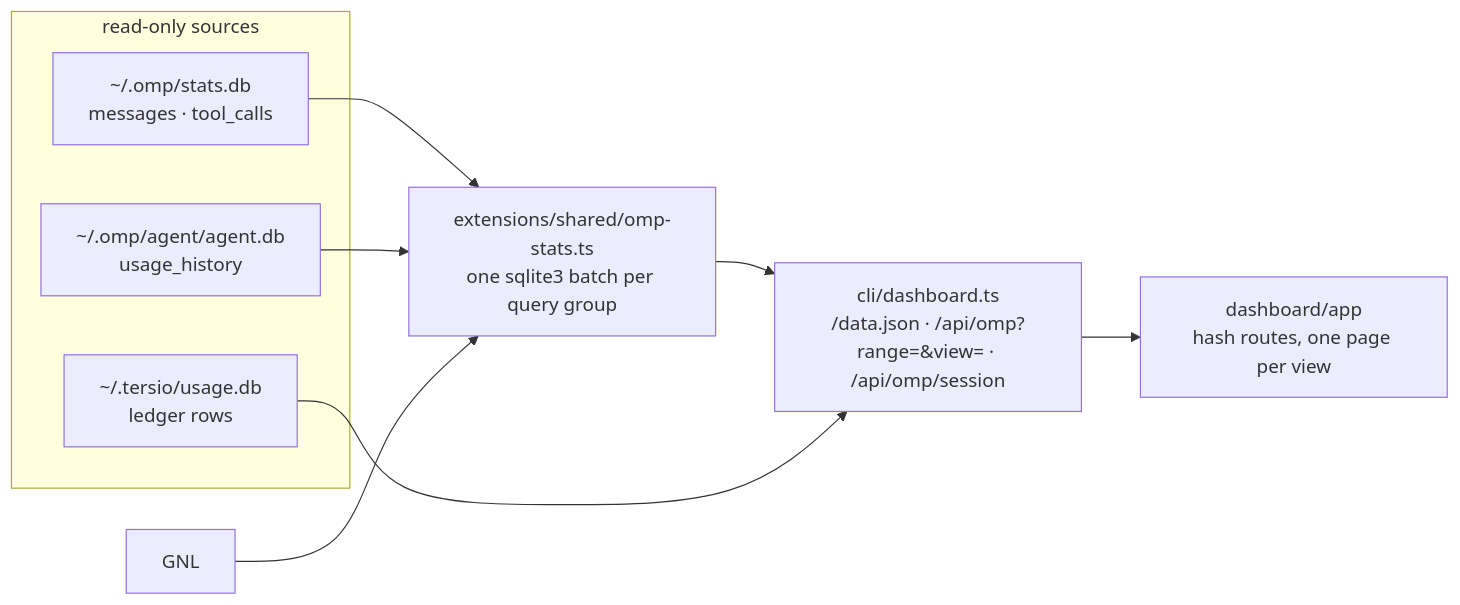
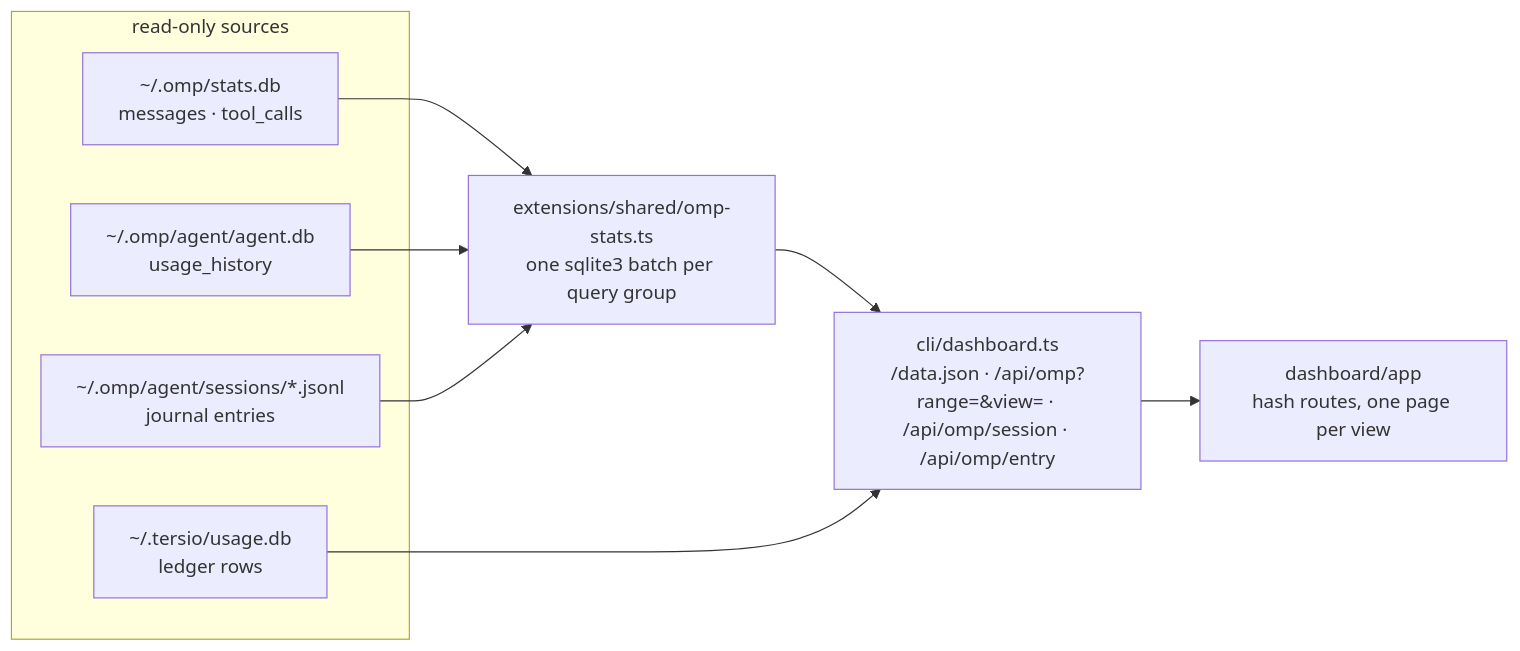
Before and after one commit to KurutoDenzeru/tersio: the third of 3 diagrams in docs/ARCHITECTURE.md, drawn with Mermaid. The commit also changed 7 other files, not shown here.

````diff
--- a/docs/ARCHITECTURE.md
+++ b/docs/ARCHITECTURE.md
@@ -71,17 +71,18 @@
 ```mermaid
 flowchart LR
   subgraph SRC["read-only sources"]
     SDB["~/.omp/stats.db<br/>messages · tool_calls"]
     ADB["~/.omp/agent/agent.db<br/>usage_history"]
+    JRN["~/.omp/agent/sessions/*.jsonl<br/>journal entries"]
     UDB["~/.tersio/usage.db<br/>ledger rows"]
   end
   AGG["extensions/shared/omp-stats.ts<br/>one sqlite3 batch per query group"]
-  SRV["cli/dashboard.ts<br/>/data.json · /api/omp?range=&view= · /api/omp/session"]
+  SRV["cli/dashboard.ts<br/>/data.json · /api/omp?range=&view= · /api/omp/session · /api/omp/entry"]
   UI["dashboard/app<br/>hash routes, one page per view"]
   SDB --> AGG
   ADB --> AGG
-  GNL --> AGG
+  JRN --> AGG
   AGG --> SRV
   UDB --> SRV
   SRV --> UI
 ```
````
